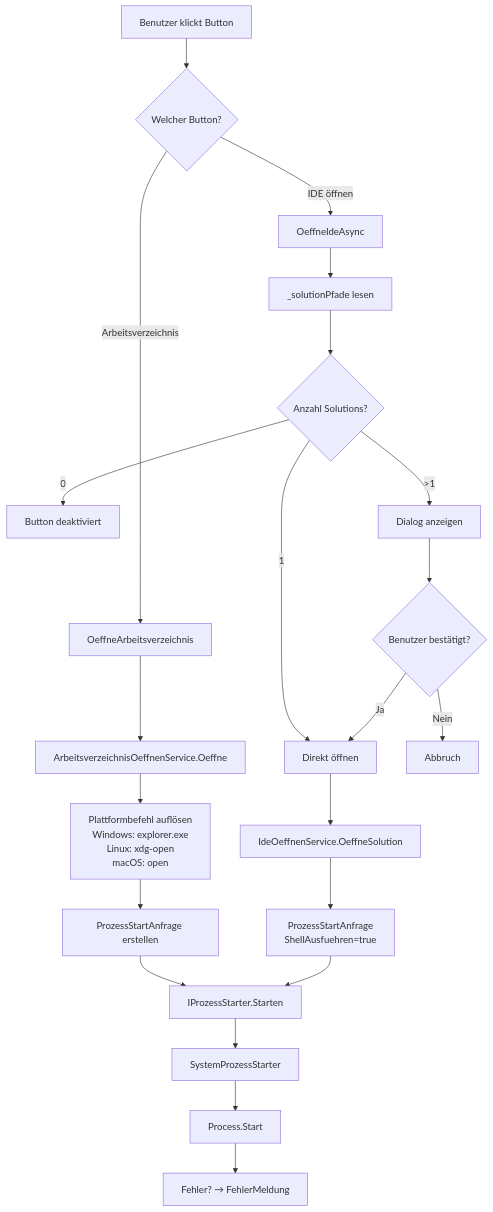
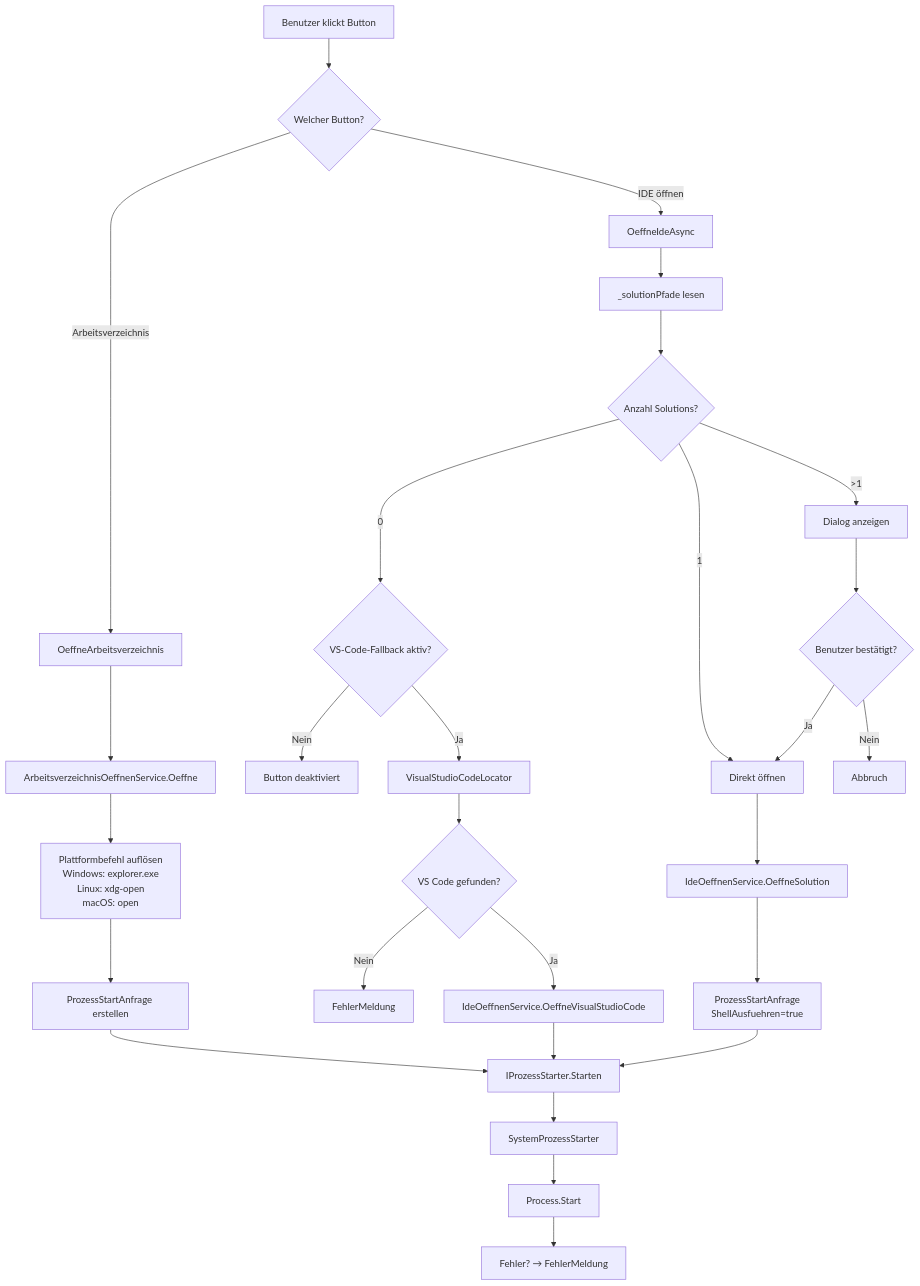
The diagram in docs/help/dateisystem-integration/ablauf-technisch.md (martin-stromberg/Softwareschmiede), drawn with Mermaid before and after one commit. The commit also changed other lines of this file and 31 other files, not shown here.

Commit message:
feat: VS Code als IDE-Fallback

````diff
--- a/docs/help/dateisystem-integration/ablauf-technisch.md
+++ b/docs/help/dateisystem-integration/ablauf-technisch.md
@@ -95,26 +107,32 @@
 ```mermaid
 flowchart TD
     A["Benutzer klickt Button"] --> B{"Welcher Button?"}
     B -->|Arbeitsverzeichnis| C["OeffneArbeitsverzeichnis"]
     B -->|IDE öffnen| D["OeffneIdeAsync"]
     
     C --> E["ArbeitsverzeichnisOeffnenService.Oeffne"]
     E --> F["Plattformbefehl auflösen<br/>Windows: explorer.exe<br/>Linux: xdg-open<br/>macOS: open"]
     F --> G["ProzessStartAnfrage erstellen"]
     G --> H["IProzessStarter.Starten"]
     H --> I["SystemProzessStarter"]
     I --> J["Process.Start"]
     J --> K["Fehler? → FehlerMeldung"]
     
     D --> L["_solutionPfade lesen"]
     L --> M{Anzahl Solutions?}
-    M -->|0| N["Button deaktiviert"]
+    M -->|0| N{"VS-Code-Fallback aktiv?"}
+    N -->|Nein| U["Button deaktiviert"]
+    N -->|Ja| V["VisualStudioCodeLocator"]
+    V --> W{"VS Code gefunden?"}
+    W -->|Nein| X["FehlerMeldung"]
+    W -->|Ja| Y["IdeOeffnenService.OeffneVisualStudioCode"]
+    Y --> H
     M -->|1| O["Direkt öffnen"]
     M -->|>1| P["Dialog anzeigen"]
     P --> Q{"Benutzer bestätigt?"}
     Q -->|Nein| R["Abbruch"]
     Q -->|Ja| O
     O --> S["IdeOeffnenService.OeffneSolution"]
     S --> T["ProzessStartAnfrage<br/>ShellAusfuehren=true"]
     T --> H
 ```
````
